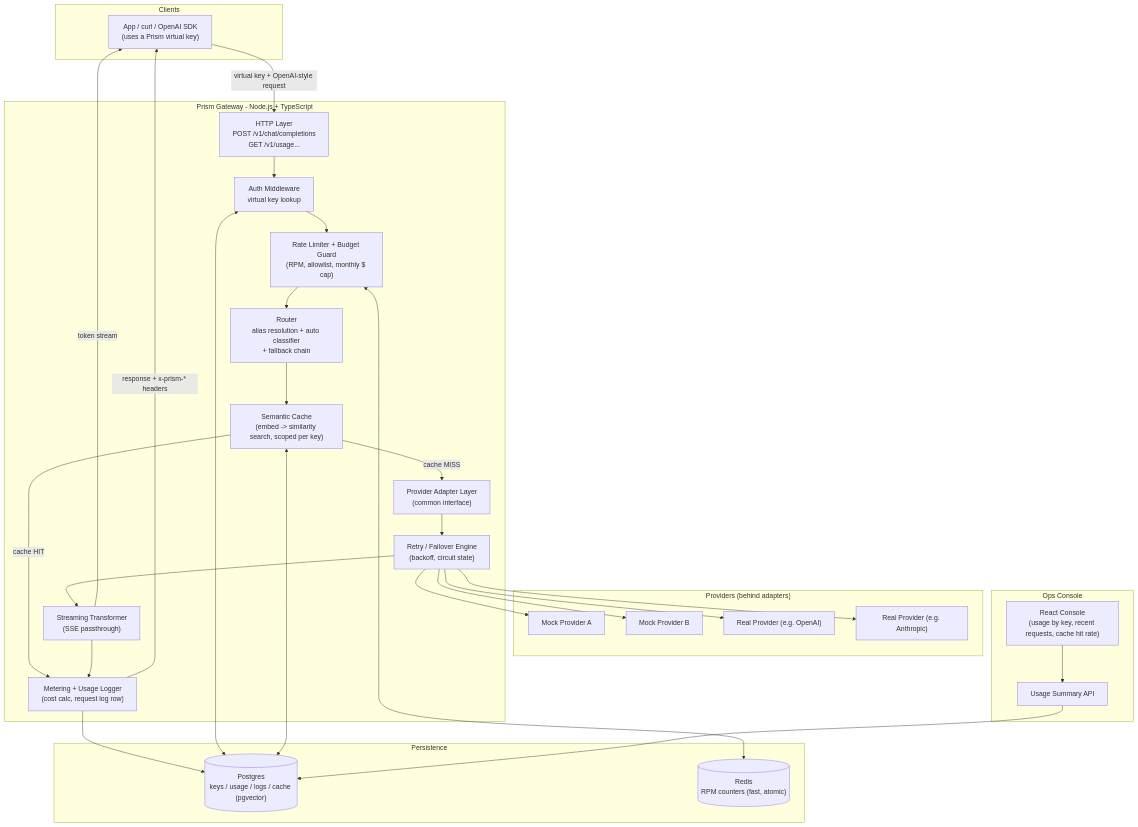
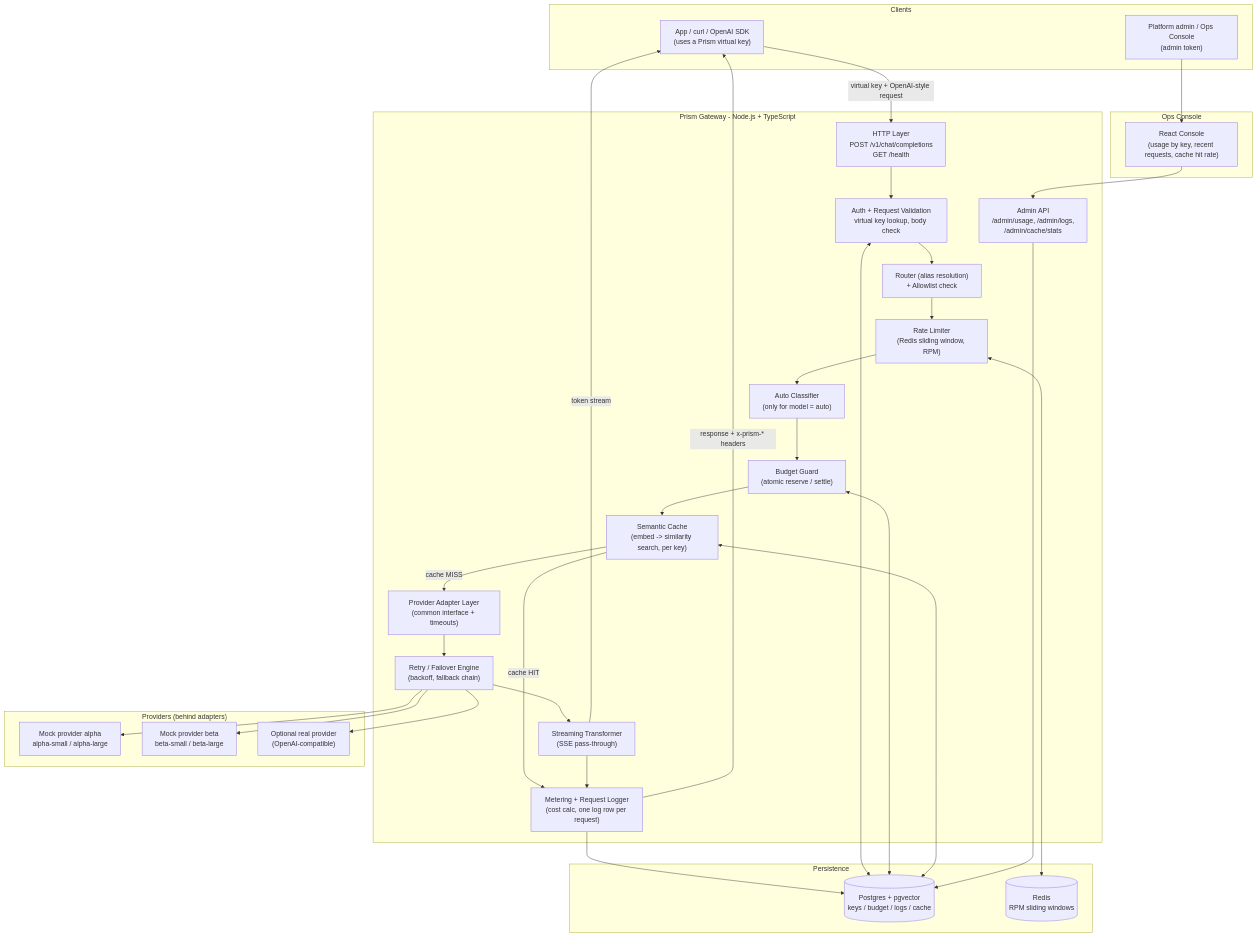
The first of 2 diagrams in docs/architecture.md (HarshitM2411/capstone-prism), drawn with Mermaid before and after one commit. The commit also changed other lines of this file and 45 other files, not shown here.

Commit message:
Phase 0: monorepo scaffolding, Docker Compose stack, gateway /health, console placeholder, starter data

````diff
--- a/docs/architecture.md
+++ b/docs/architecture.md
@@ -29,55 +32,58 @@
 ```mermaid
 graph TB
     subgraph CLIENTS["Clients"]
         A["App / curl / OpenAI SDK<br/>(uses a Prism virtual key)"]
+        ADM["Platform admin / Ops Console<br/>(admin token)"]
     end
 
     subgraph GATEWAY["Prism Gateway - Node.js + TypeScript"]
-        B["HTTP Layer<br/>POST /v1/chat/completions<br/>GET /v1/usage..."]
-        C["Auth Middleware<br/>virtual key lookup"]
-        D["Rate Limiter + Budget Guard<br/>(RPM, allowlist, monthly $ cap)"]
-        E["Router<br/>alias resolution + auto classifier<br/>+ fallback chain"]
-        F["Semantic Cache<br/>(embed -> similarity search, scoped per key)"]
-        G["Provider Adapter Layer<br/>(common interface)"]
-        H["Retry / Failover Engine<br/>(backoff, circuit state)"]
-        I["Streaming Transformer<br/>(SSE passthrough)"]
-        J["Metering + Usage Logger<br/>(cost calc, request log row)"]
+        B["HTTP Layer<br/>POST /v1/chat/completions<br/>GET /health"]
+        C["Auth + Request Validation<br/>virtual key lookup, body check"]
+        D["Router (alias resolution)<br/>+ Allowlist check"]
+        E["Rate Limiter<br/>(Redis sliding window, RPM)"]
+        F["Auto Classifier<br/>(only for model = auto)"]
+        G["Budget Guard<br/>(atomic reserve / settle)"]
+        H["Semantic Cache<br/>(embed -> similarity search, per key)"]
+        I["Provider Adapter Layer<br/>(common interface + timeouts)"]
+        J["Retry / Failover Engine<br/>(backoff, fallback chain)"]
+        K["Streaming Transformer<br/>(SSE pass-through)"]
+        L["Metering + Request Logger<br/>(cost calc, one log row per request)"]
+        M["Admin API<br/>/admin/usage, /admin/logs,<br/>/admin/cache/stats"]
     end
 
     subgraph PROVIDERS["Providers (behind adapters)"]
-        P1["Mock Provider A"]
-        P2["Mock Provider B"]
-        P3["Real Provider (e.g. OpenAI)"]
-        P4["Real Provider (e.g. Anthropic)"]
+        P1["Mock provider alpha<br/>alpha-small / alpha-large"]
+        P2["Mock provider beta<br/>beta-small / beta-large"]
+        P3["Optional real provider<br/>(OpenAI-compatible)"]
     end
 
     subgraph STORE["Persistence"]
-        DB[("Postgres<br/>keys / usage / logs / cache (pgvector)")]
-        R[("Redis<br/>RPM counters (fast, atomic)")]
+        DB[("Postgres + pgvector<br/>keys / budget / logs / cache")]
+        R[("Redis<br/>RPM sliding windows")]
     end
 
     subgraph OPS["Ops Console"]
-        K["Usage Summary API"]
-        L["React Console<br/>(usage by key, recent requests, cache hit rate)"]
+        UI["React Console<br/>(usage by key, recent requests, cache hit rate)"]
     end
 
     A -->|"virtual key + OpenAI-style request"| B
-    B --> C --> D --> E --> F
-    F -->|"cache HIT"| J
-    F -->|"cache MISS"| G
-    G --> H
-    H --> P1
-    H --> P2
-    H --> P3
-    H --> P4
-    H --> I
+    B --> C --> D --> E --> F --> G --> H
+    H -->|"cache HIT"| L
+    H -->|"cache MISS"| I
     I --> J
-    J --> DB
-    D <--> R
+    J --> P1
+    J --> P2
+    J --> P3
+    J --> K
+    K --> L
+    L --> DB
+    E <--> R
     C <--> DB
-    F <--> DB
-    K --> DB
-    L --> K
-    J -->|"response + x-prism-* headers"| A
-    I -->|"token stream"| A
+    G <--> DB
+    H <--> DB
+    ADM --> UI
+    UI --> M
+    M --> DB
+    L -->|"response + x-prism-* headers"| A
+    K -->|"token stream"| A
 ```
````
